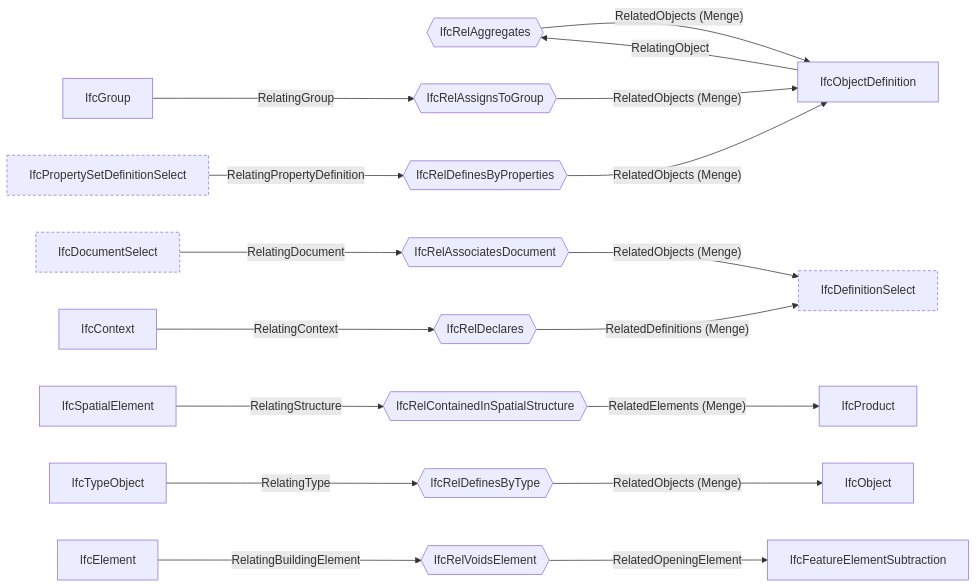
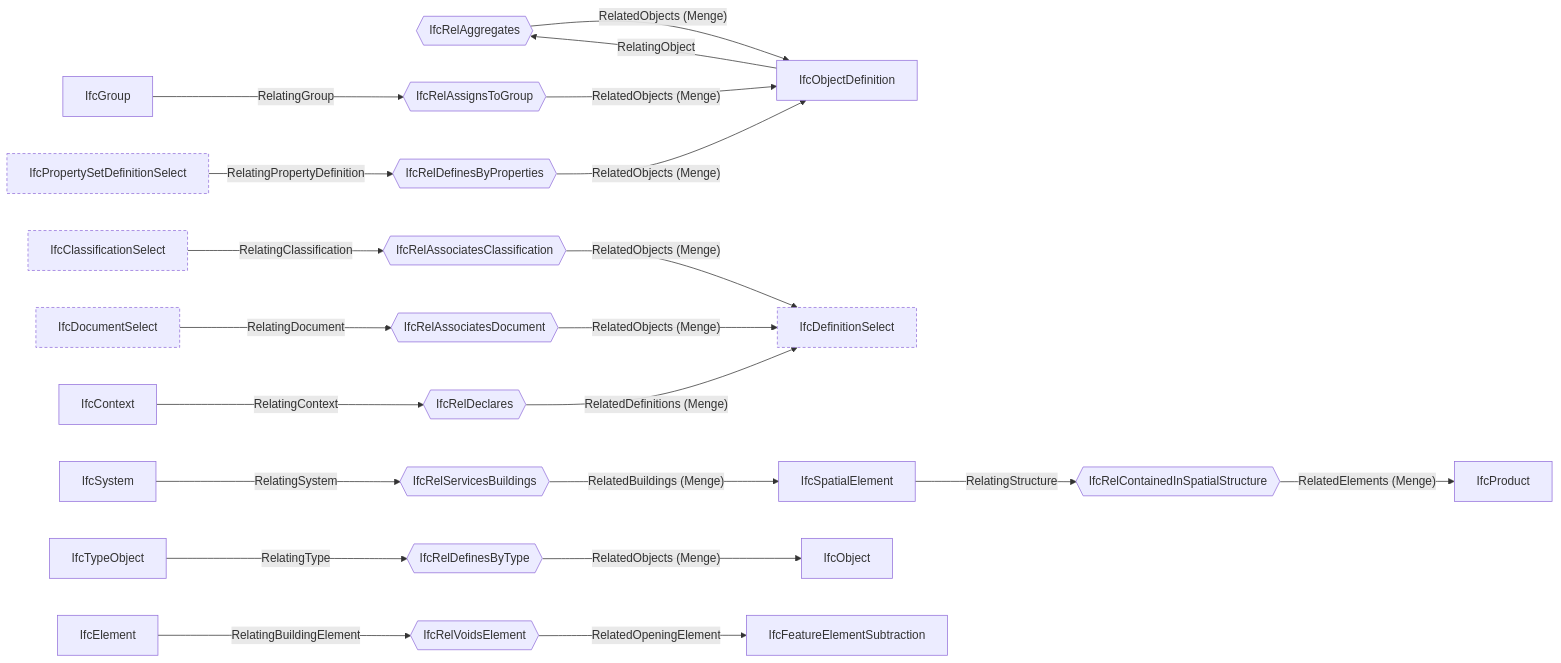
Before and after one commit to fabiologe/quagg_page_public: the diagram in docs/ifc/beziehungen.md, drawn with Mermaid. The commit also changed 12 other files, not shown here.

````diff
--- a/docs/ifc/beziehungen.md
+++ b/docs/ifc/beziehungen.md
@@ -7,30 +7,37 @@
 ```mermaid
 flowchart LR
   IfcRelAggregates{{IfcRelAggregates}}
   IfcObjectDefinition -->|"RelatingObject"| IfcRelAggregates
   IfcRelAggregates -->|"RelatedObjects (Menge)"| IfcObjectDefinition
   IfcRelAssignsToGroup{{IfcRelAssignsToGroup}}
   IfcRelAssignsToGroup -->|"RelatedObjects (Menge)"| IfcObjectDefinition
   IfcGroup -->|"RelatingGroup"| IfcRelAssignsToGroup
+  IfcRelAssociatesClassification{{IfcRelAssociatesClassification}}
+  IfcRelAssociatesClassification -->|"RelatedObjects (Menge)"| IfcDefinitionSelect
+  IfcClassificationSelect -->|"RelatingClassification"| IfcRelAssociatesClassification
   IfcRelAssociatesDocument{{IfcRelAssociatesDocument}}
   IfcRelAssociatesDocument -->|"RelatedObjects (Menge)"| IfcDefinitionSelect
   IfcDocumentSelect -->|"RelatingDocument"| IfcRelAssociatesDocument
   IfcRelContainedInSpatialStructure{{IfcRelContainedInSpatialStructure}}
   IfcRelContainedInSpatialStructure -->|"RelatedElements (Menge)"| IfcProduct
   IfcSpatialElement -->|"RelatingStructure"| IfcRelContainedInSpatialStructure
   IfcRelDeclares{{IfcRelDeclares}}
   IfcContext -->|"RelatingContext"| IfcRelDeclares
   IfcRelDeclares -->|"RelatedDefinitions (Menge)"| IfcDefinitionSelect
   IfcRelDefinesByProperties{{IfcRelDefinesByProperties}}
   IfcRelDefinesByProperties -->|"RelatedObjects (Menge)"| IfcObjectDefinition
   IfcPropertySetDefinitionSelect -->|"RelatingPropertyDefinition"| IfcRelDefinesByProperties
   IfcRelDefinesByType{{IfcRelDefinesByType}}
   IfcRelDefinesByType -->|"RelatedObjects (Menge)"| IfcObject
   IfcTypeObject -->|"RelatingType"| IfcRelDefinesByType
+  IfcRelServicesBuildings{{IfcRelServicesBuildings}}
+  IfcSystem -->|"RelatingSystem"| IfcRelServicesBuildings
+  IfcRelServicesBuildings -->|"RelatedBuildings (Menge)"| IfcSpatialElement
   IfcRelVoidsElement{{IfcRelVoidsElement}}
   IfcElement -->|"RelatingBuildingElement"| IfcRelVoidsElement
   IfcRelVoidsElement -->|"RelatedOpeningElement"| IfcFeatureElementSubtraction
+  style IfcClassificationSelect stroke-dasharray: 4 3
   style IfcDefinitionSelect stroke-dasharray: 4 3
   style IfcDocumentSelect stroke-dasharray: 4 3
   style IfcPropertySetDefinitionSelect stroke-dasharray: 4 3
 ```
````
